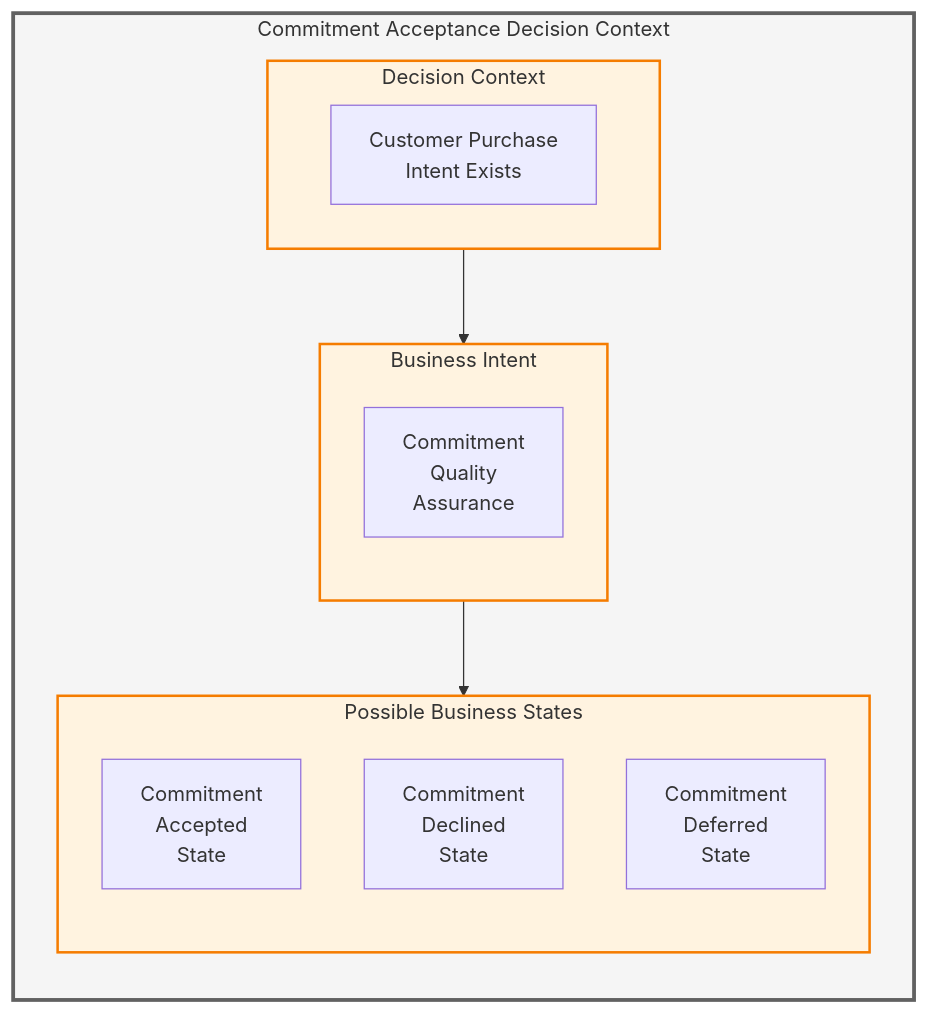
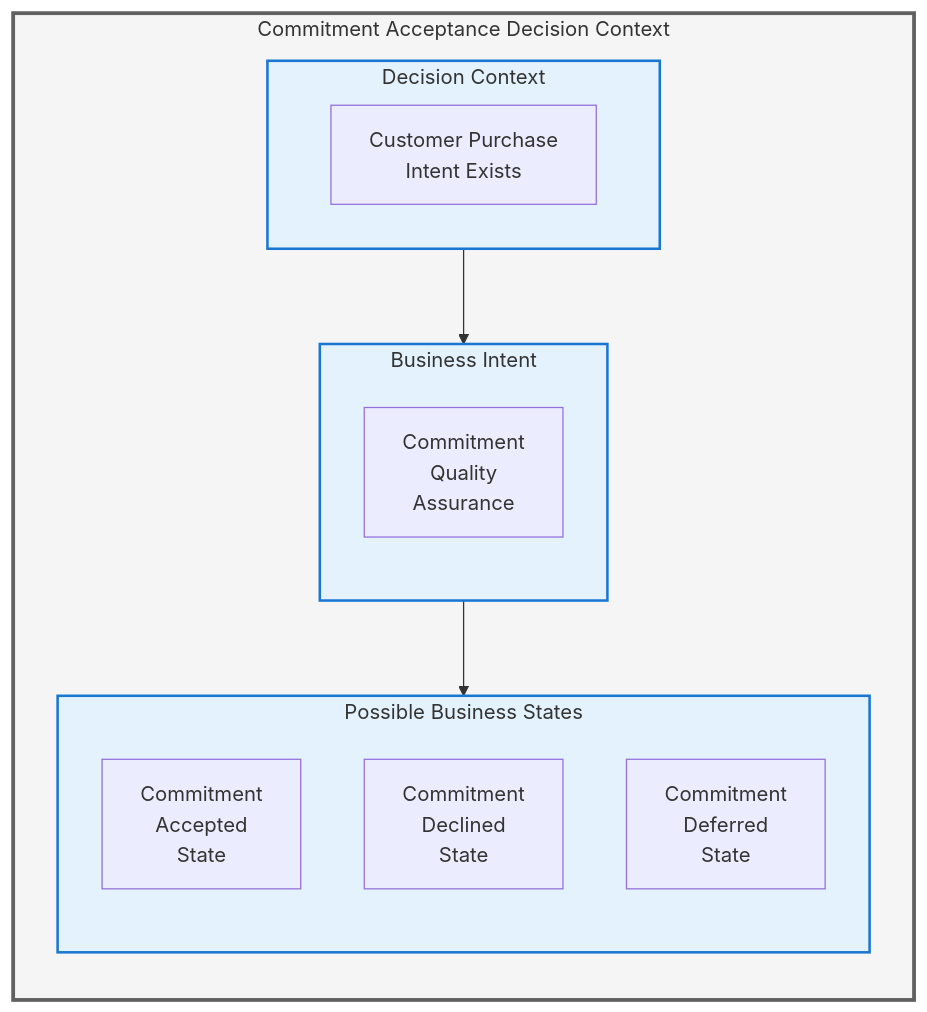
One commit to Evilazaro/Azure-LogicApps-Monitoring changed the fourth of 7 diagrams in docs/architecture/01-business-architecture.md. Above: the diagram before and after it, drawn with Mermaid. The commit also changed other lines of this file, not shown here.

Commit message:
Refactor Business Architecture document: standardize color coding across diagrams for visual consistency

````diff
--- a/docs/architecture/01-business-architecture.md
+++ b/docs/architecture/01-business-architecture.md
@@ -548,32 +548,32 @@
 ```mermaid
 flowchart TB
     subgraph Commitment_Decision["Commitment Acceptance Decision Context"]
         direction TB
 
         subgraph Context["Decision Context"]
             direction LR
             DC["Customer Purchase<br/>Intent Exists"]
         end
 
         subgraph Intent["Business Intent"]
             direction TB
             BI["Commitment<br/>Quality<br/>Assurance"]
         end
 
         subgraph Outcomes["Possible Business States"]
             direction TB
             O1["Commitment<br/>Accepted<br/>State"]
             O2["Commitment<br/>Declined<br/>State"]
             O3["Commitment<br/>Deferred<br/>State"]
         end
 
         Context --> Intent
         Intent --> Outcomes
     end
 
     classDef level1 fill:#f5f5f5,stroke:#616161,stroke-width:3px
-    classDef level2 fill:#fff3e0,stroke:#f57c00,stroke-width:2px
+    classDef level2 fill:#e3f2fd,stroke:#1976d2,stroke-width:2px
 
     class Commitment_Decision level1
     class Context,Intent,Outcomes level2
 ```
````
